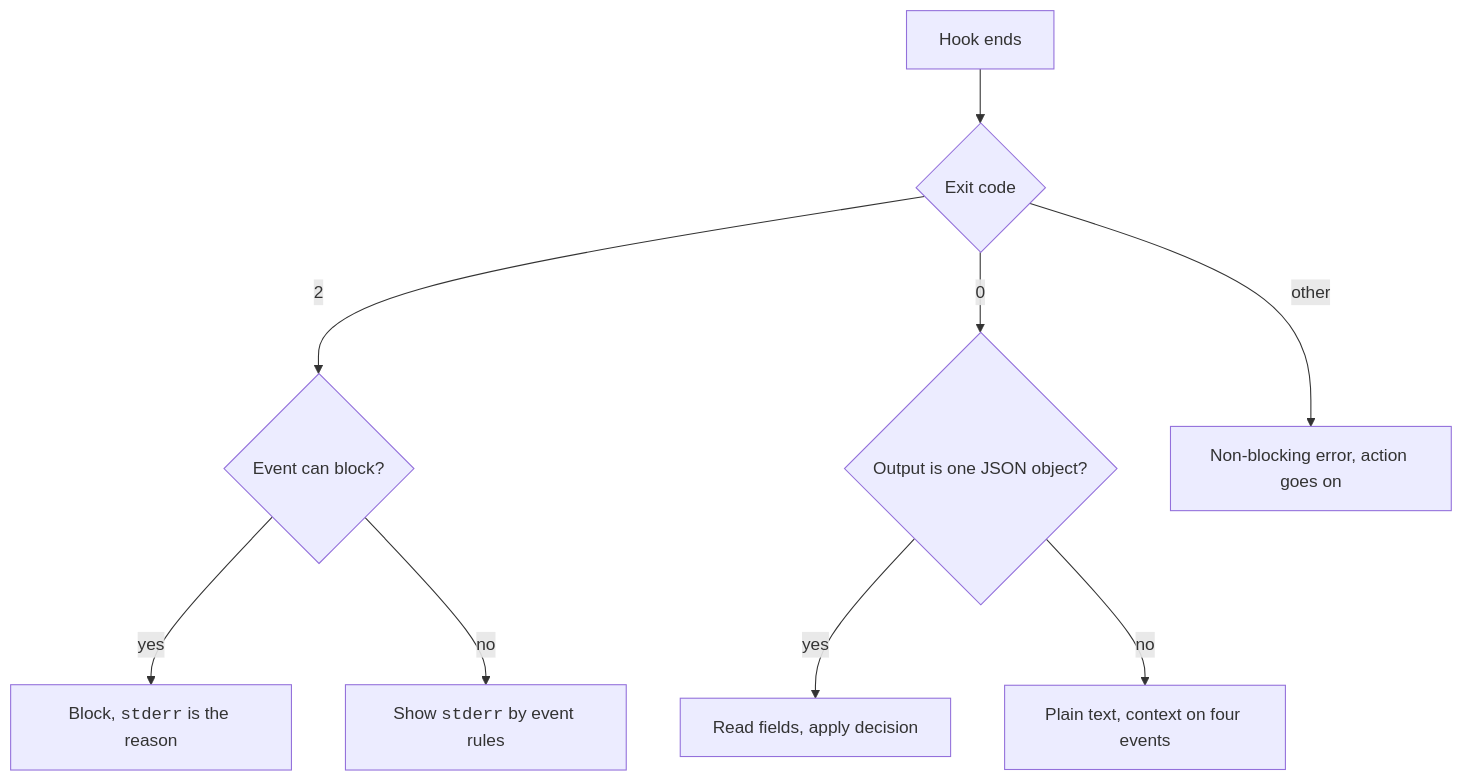
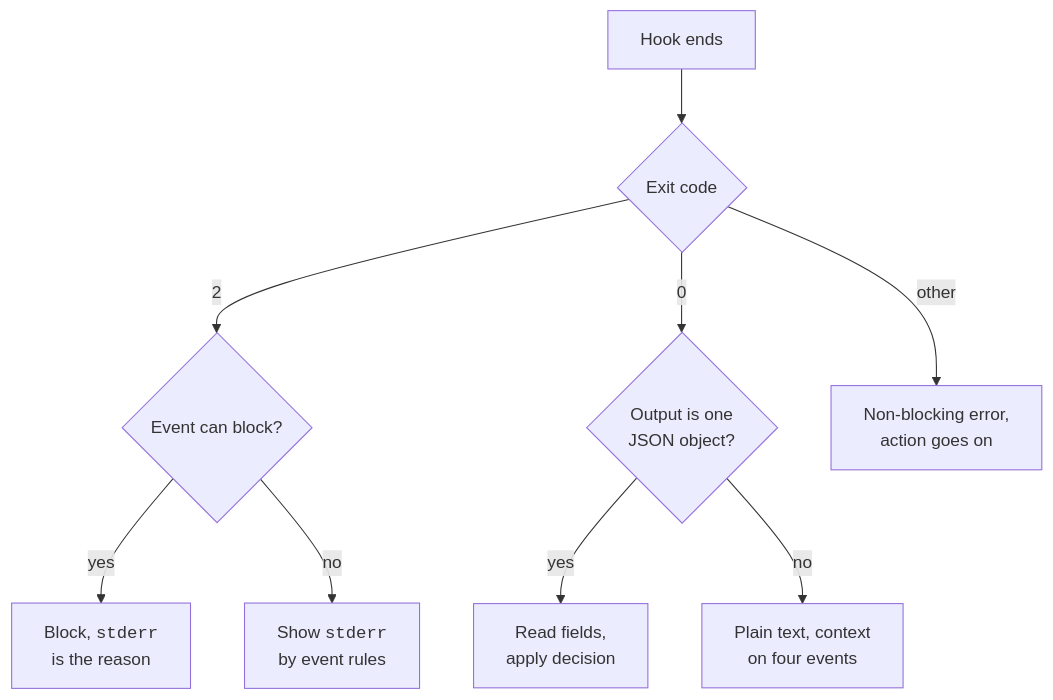
The diagram in plugin/mcp/snapshot/pages/extend/hooks/input-and-output.md (xsyetopz/claude-code-docs), drawn with Mermaid before and after one commit. The commit also changed 19 other files, not shown here.

Commit message:
docs: split diagrams that overflow at 1280px

````diff
--- a/plugin/mcp/snapshot/pages/extend/hooks/input-and-output.md
+++ b/plugin/mcp/snapshot/pages/extend/hooks/input-and-output.md
@@ -157,11 +157,11 @@
 ```mermaid
 flowchart TD
     A[Hook ends] --> B{Exit code}
     B -- 2 --> C{Event can block?}
-    C -- yes --> D["Block, <code>stderr</code> is the reason"]
-    C -- no --> E["Show <code>stderr</code> by event rules"]
-    B -- 0 --> F{Output is one JSON object?}
-    F -- yes --> G[Read fields, apply decision]
-    F -- no --> H[Plain text, context on four events]
-    B -- other --> I[Non-blocking error, action goes on]
+    C -- yes --> D["Block, <code>stderr</code><br/>is the reason"]
+    C -- no --> E["Show <code>stderr</code><br/>by event rules"]
+    B -- 0 --> F{"Output is one<br/>JSON object?"}
+    F -- yes --> G["Read fields,<br/>apply decision"]
+    F -- no --> H["Plain text, context<br/>on four events"]
+    B -- other --> I["Non-blocking error,<br/>action goes on"]
 ```
````
